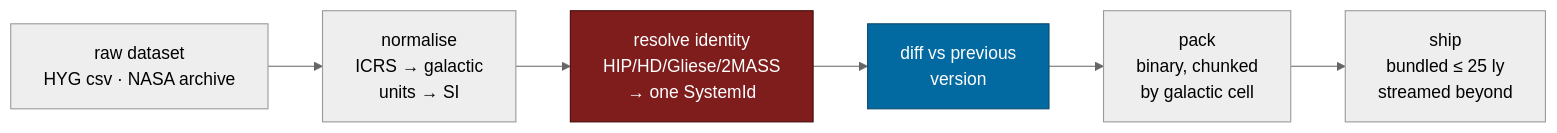
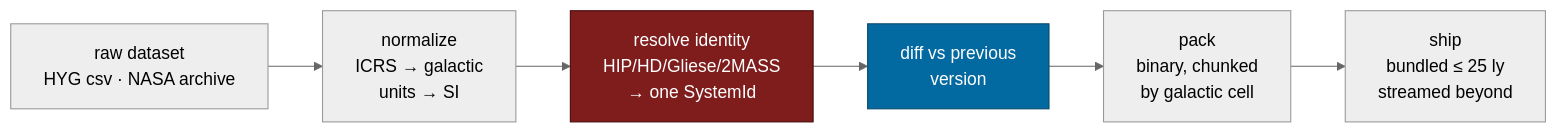
One commit to jonjaques/inertialref changed the second of 2 diagrams in docs/design/galaxy.md. Above: the diagram before and after it, drawn with Mermaid (neutral theme). The commit also changed other lines of this file and 83 other files, not shown here.

````diff
--- a/docs/design/galaxy.md
+++ b/docs/design/galaxy.md
@@ -410,11 +410,11 @@
 ```mermaid
 flowchart LR
-    RAW["raw dataset<br/>HYG csv · NASA archive"] --> NORM["normalise<br/>ICRS → galactic<br/>units → SI"]
+    RAW["raw dataset<br/>HYG csv · NASA archive"] --> NORM["normalize<br/>ICRS → galactic<br/>units → SI"]
     NORM --> RES["resolve identity<br/>HIP/HD/Gliese/2MASS<br/>→ one SystemId"]
     RES --> DIFF["diff vs previous<br/>version"]
     DIFF --> PACK["pack<br/>binary, chunked<br/>by galactic cell"]
     PACK --> SHIP["ship<br/>bundled ≤ 25 ly<br/>streamed beyond"]
 
     style RES fill:#7f1d1d,stroke:#450a0a,color:#fff
     style DIFF fill:#0369a1,stroke:#0c4a6e,color:#fff
 ```
````
